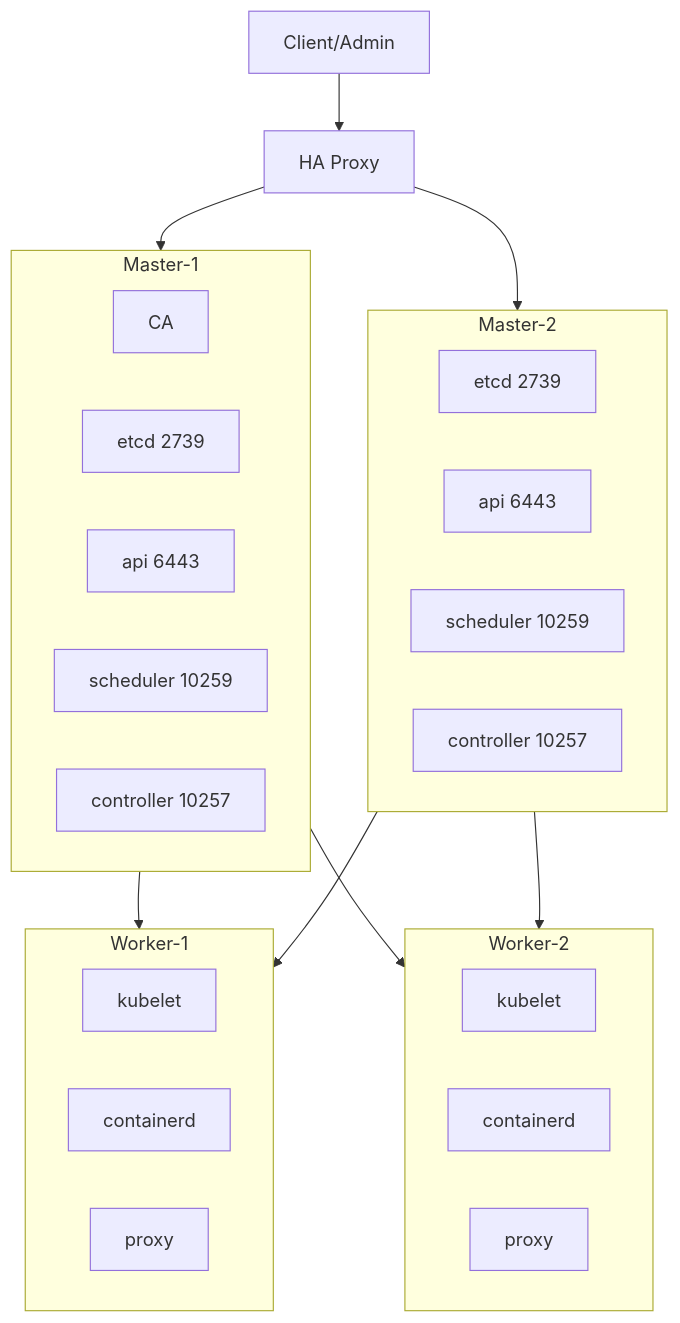
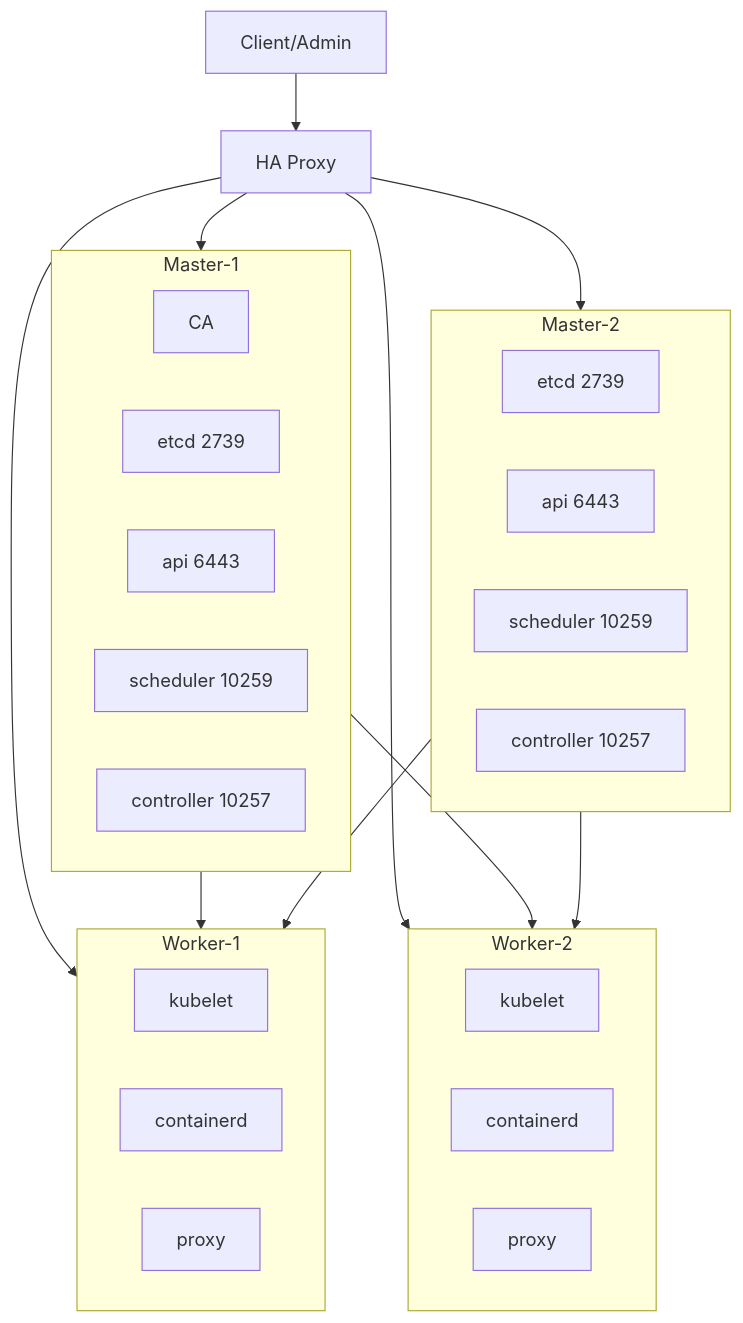
Before and after one commit to pavbjj/build-k8s-ansible: the first of 2 diagrams in README.md, drawn with Mermaid.

Commit message:
updated diagram

````diff
--- a/README.md
+++ b/README.md
@@ -5,39 +5,41 @@
 ```mermaid
 graph TD;
     LB[Client/Admin] --> HAProxy[HA Proxy]
 
     subgraph Master-1
         CA[CA]
         etcd1[etcd 2739]
         api1[api 6443]
         scheduler1[scheduler 10259]
         controller1[controller 10257]
     end
 
     subgraph Master-2
         etcd2[etcd 2739]
         api2[api 6443]
         scheduler2[scheduler 10259]
         controller2[controller 10257]
     end
 
     subgraph Worker-1
         kubelet1[kubelet]
         containerd1[containerd]
         proxy1[proxy]
     end
 
     subgraph Worker-2
         kubelet2[kubelet]
         containerd2[containerd]
         proxy2[proxy]
     end
 
     HAProxy --> Master-1
     HAProxy --> Master-2
+    HAProxy --> Worker-1
+    HAProxy --> Worker-2
 
     Master-1 --> Worker-1
     Master-1 --> Worker-2
     Master-2 --> Worker-1
     Master-2 --> Worker-2
 ```
````
